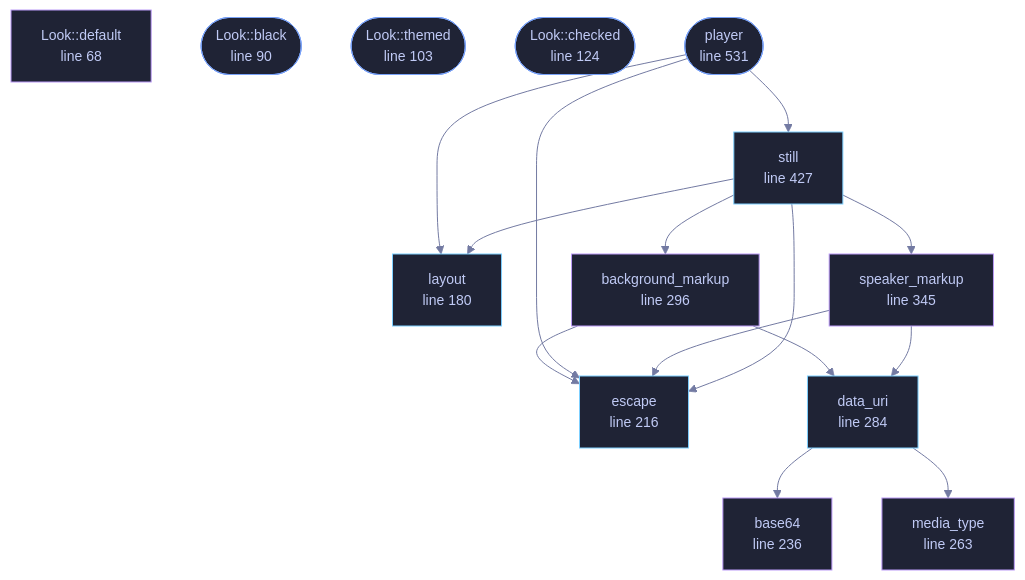
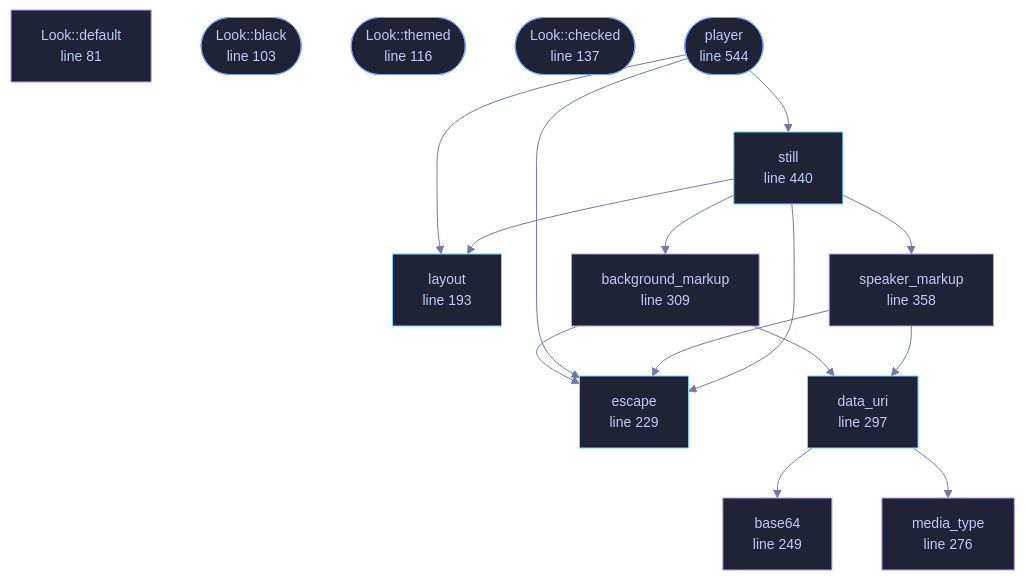
The diagram in wiki/File-veilvoice-video-page.md (tilas01/veilvoice), drawn with Mermaid before and after one commit. The commit also changed other lines of this file and 487 other files, not shown here.

````diff
--- a/wiki/File-veilvoice-video-page.md
+++ b/wiki/File-veilvoice-video-page.md
@@ -86,49 +100,49 @@
 ```mermaid
 %%{init: {"theme":"base","themeVariables":{"background":"#1a1b26","primaryColor":"#1f2335","primaryTextColor":"#c0caf5","primaryBorderColor":"#7aa2f7","secondaryColor":"#16161e","tertiaryColor":"#16161e","lineColor":"#737aa2","textColor":"#c0caf5","mainBkg":"#1f2335","nodeBorder":"#7aa2f7","clusterBkg":"#16161e","clusterBorder":"#2f3549","fontFamily":"ui-monospace, SFMono-Regular, Consolas, monospace","fontSize":"14px"}}}%%
 flowchart TD
-    n_default["Look::default<br/>line 68"]
-    n_black(["Look::black<br/>line 90"])
-    n_themed(["Look::themed<br/>line 103"])
-    n_checked(["Look::checked<br/>line 124"])
-    n_layout["layout<br/>line 180"]
-    n_escape["escape<br/>line 216"]
-    n_base64["base64<br/>line 236"]
-    n_media_type["media_type<br/>line 263"]
-    n_data_uri["data_uri<br/>line 284"]
-    n_background_markup["background_markup<br/>line 296"]
-    n_speaker_markup["speaker_markup<br/>line 345"]
-    n_still["still<br/>line 427"]
-    n_player(["player<br/>line 531"])
+    n_default["Look::default<br/>line 81"]
+    n_black(["Look::black<br/>line 103"])
+    n_themed(["Look::themed<br/>line 116"])
+    n_checked(["Look::checked<br/>line 137"])
+    n_layout["layout<br/>line 193"]
+    n_escape["escape<br/>line 229"]
+    n_base64["base64<br/>line 249"]
+    n_media_type["media_type<br/>line 276"]
+    n_data_uri["data_uri<br/>line 297"]
+    n_background_markup["background_markup<br/>line 309"]
+    n_speaker_markup["speaker_markup<br/>line 358"]
+    n_still["still<br/>line 440"]
+    n_player(["player<br/>line 544"])
     n_background_markup --> n_data_uri
     n_background_markup --> n_escape
     n_data_uri --> n_base64
     n_data_uri --> n_media_type
     n_player --> n_escape
     n_player --> n_layout
     n_player --> n_still
     n_speaker_markup --> n_data_uri
     n_speaker_markup --> n_escape
     n_still --> n_background_markup
     n_still --> n_escape
     n_still --> n_layout
     n_still --> n_speaker_markup
-    click n_default href "https://github.com/tilas01/veilvoice/blob/main/crates/veilvoice-video/src/page.rs#L68" "open the source"
-    click n_black href "https://github.com/tilas01/veilvoice/blob/main/crates/veilvoice-video/src/page.rs#L90" "open the source"
-    click n_themed href "https://github.com/tilas01/veilvoice/blob/main/crates/veilvoice-video/src/page.rs#L103" "open the source"
-    click n_checked href "https://github.com/tilas01/veilvoice/blob/main/crates/veilvoice-video/src/page.rs#L124" "open the source"
-    click n_layout href "https://github.com/tilas01/veilvoice/blob/main/crates/veilvoice-video/src/page.rs#L180" "open the source"
-    click n_escape href "https://github.com/tilas01/veilvoice/blob/main/crates/veilvoice-video/src/page.rs#L216" "open the source"
-    click n_base64 href "https://github.com/tilas01/veilvoice/blob/main/crates/veilvoice-video/src/page.rs#L236" "open the source"
-    click n_media_type href "https://github.com/tilas01/veilvoice/blob/main/crates/veilvoice-video/src/page.rs#L263" "open the source"
-    click n_data_uri href "https://github.com/tilas01/veilvoice/blob/main/crates/veilvoice-video/src/page.rs#L284" "open the source"
-    click n_background_markup href "https://github.com/tilas01/veilvoice/blob/main/crates/veilvoice-video/src/page.rs#L296" "open the source"
-    click n_speaker_markup href "https://github.com/tilas01/veilvoice/blob/main/crates/veilvoice-video/src/page.rs#L345" "open the source"
-    click n_still href "https://github.com/tilas01/veilvoice/blob/main/crates/veilvoice-video/src/page.rs#L427" "open the source"
-    click n_player href "https://github.com/tilas01/veilvoice/blob/main/crates/veilvoice-video/src/page.rs#L531" "open the source"
+    click n_default href "https://github.com/tilas01/veilvoice/blob/main/crates/veilvoice-video/src/page.rs#L81" "open the source"
+    click n_black href "https://github.com/tilas01/veilvoice/blob/main/crates/veilvoice-video/src/page.rs#L103" "open the source"
+    click n_themed href "https://github.com/tilas01/veilvoice/blob/main/crates/veilvoice-video/src/page.rs#L116" "open the source"
+    click n_checked href "https://github.com/tilas01/veilvoice/blob/main/crates/veilvoice-video/src/page.rs#L137" "open the source"
+    click n_layout href "https://github.com/tilas01/veilvoice/blob/main/crates/veilvoice-video/src/page.rs#L193" "open the source"
+    click n_escape href "https://github.com/tilas01/veilvoice/blob/main/crates/veilvoice-video/src/page.rs#L229" "open the source"
+    click n_base64 href "https://github.com/tilas01/veilvoice/blob/main/crates/veilvoice-video/src/page.rs#L249" "open the source"
+    click n_media_type href "https://github.com/tilas01/veilvoice/blob/main/crates/veilvoice-video/src/page.rs#L276" "open the source"
+    click n_data_uri href "https://github.com/tilas01/veilvoice/blob/main/crates/veilvoice-video/src/page.rs#L297" "open the source"
+    click n_background_markup href "https://github.com/tilas01/veilvoice/blob/main/crates/veilvoice-video/src/page.rs#L309" "open the source"
+    click n_speaker_markup href "https://github.com/tilas01/veilvoice/blob/main/crates/veilvoice-video/src/page.rs#L358" "open the source"
+    click n_still href "https://github.com/tilas01/veilvoice/blob/main/crates/veilvoice-video/src/page.rs#L440" "open the source"
+    click n_player href "https://github.com/tilas01/veilvoice/blob/main/crates/veilvoice-video/src/page.rs#L544" "open the source"
     classDef entry fill:#1f2335,stroke:#7aa2f7,color:#c0caf5
     class n_black,n_themed,n_checked,n_player entry
     classDef api fill:#1f2335,stroke:#7dcfff,color:#c0caf5
     class n_layout,n_escape,n_data_uri,n_still api
     classDef helper fill:#1f2335,stroke:#bb9af7,color:#c0caf5
     class n_default,n_base64,n_media_type,n_background_markup,n_speaker_markup helper
 ```
````
